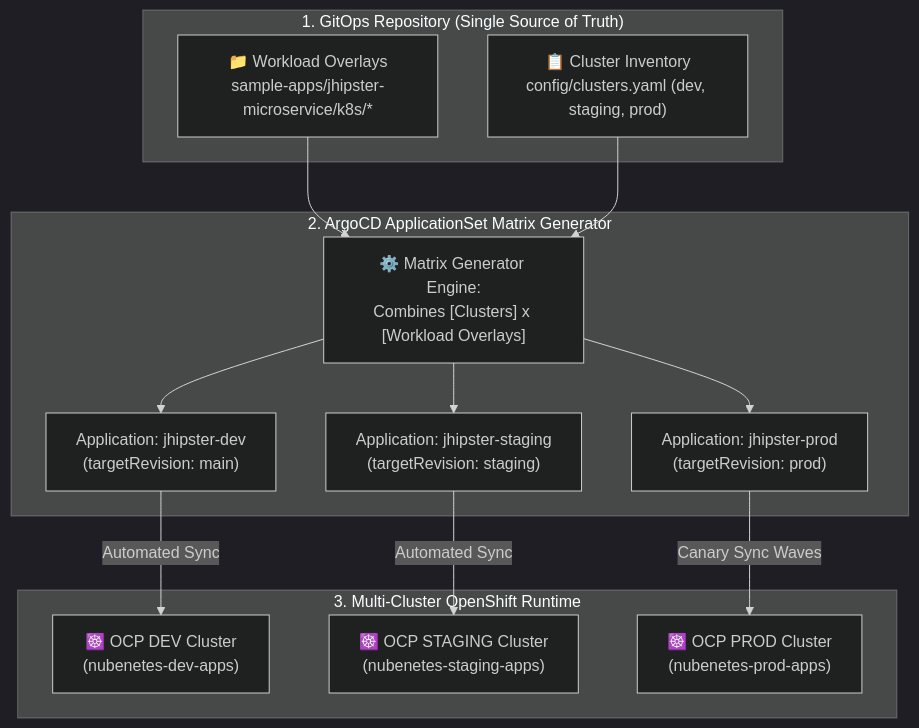
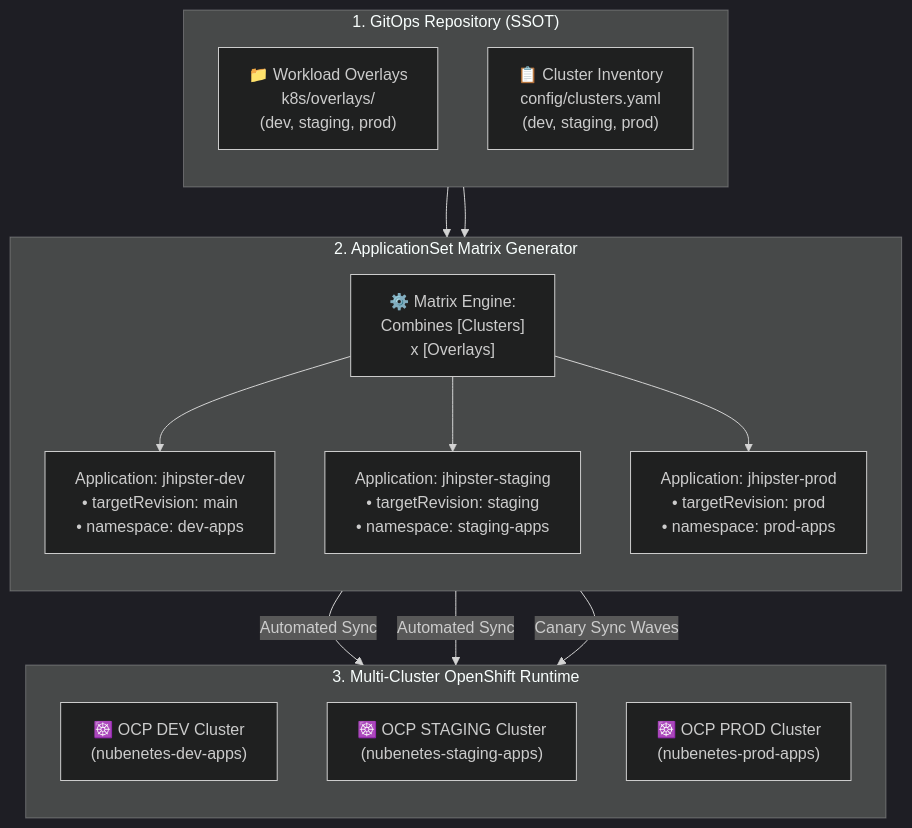
The eighth of 11 diagrams in README.md (nubenetes/jenkins-without-git-parameter), drawn with Mermaid (dark theme) before and after one commit.

Commit message:
fix(mermaid): wrap and balance text in ApplicationSet Matrix Reconciliation diagram

````diff
--- a/README.md
+++ b/README.md
@@ -565,26 +565,29 @@
 ```mermaid
 flowchart TB
-    subgraph GitOpsSource["1. GitOps Repository (Single Source of Truth)"]
-        Manifests["📁 Workload Overlays<br/>sample-apps/jhipster-microservice/k8s/*"]
-        ClusterList["📋 Cluster Inventory<br/>config/clusters.yaml (dev, staging, prod)"]
+    subgraph GitOpsSource["1. GitOps Repository (SSOT)"]
+        direction TB
+        Manifests["📁 Workload Overlays<br/>k8s/overlays/<br/>(dev, staging, prod)"]
+        ClusterList["📋 Cluster Inventory<br/>config/clusters.yaml<br/>(dev, staging, prod)"]
     end
 
-    subgraph AppSetEngine["2. ArgoCD ApplicationSet Matrix Generator"]
-        Matrix["⚙️ Matrix Generator Engine:<br/>Combines [Clusters] x [Workload Overlays]"]
-        AppDev["Application: jhipster-dev<br/>(targetRevision: main)"]
-        AppStg["Application: jhipster-staging<br/>(targetRevision: staging)"]
-        AppPrd["Application: jhipster-prod<br/>(targetRevision: prod)"]
+    subgraph AppSetEngine["2. ApplicationSet Matrix Generator"]
+        direction TB
+        Matrix["⚙️ Matrix Engine:<br/>Combines [Clusters]<br/>x [Overlays]"]
+        AppDev["Application: jhipster-dev<br/>• targetRevision: main<br/>• namespace: dev-apps"]
+        AppStg["Application: jhipster-staging<br/>• targetRevision: staging<br/>• namespace: staging-apps"]
+        AppPrd["Application: jhipster-prod<br/>• targetRevision: prod<br/>• namespace: prod-apps"]
     end
 
     subgraph TargetClusters["3. Multi-Cluster OpenShift Runtime"]
+        direction TB
         OCPDev["☸️ OCP DEV Cluster<br/>(nubenetes-dev-apps)"]
         OCPStg["☸️ OCP STAGING Cluster<br/>(nubenetes-staging-apps)"]
         OCPPrd["☸️ OCP PROD Cluster<br/>(nubenetes-prod-apps)"]
     end
 
     Manifests --> Matrix
     ClusterList --> Matrix
     Matrix --> AppDev -->|"Automated Sync"| OCPDev
     Matrix --> AppStg -->|"Automated Sync"| OCPStg
     Matrix --> AppPrd -->|"Canary Sync Waves"| OCPPrd
 ```
````
